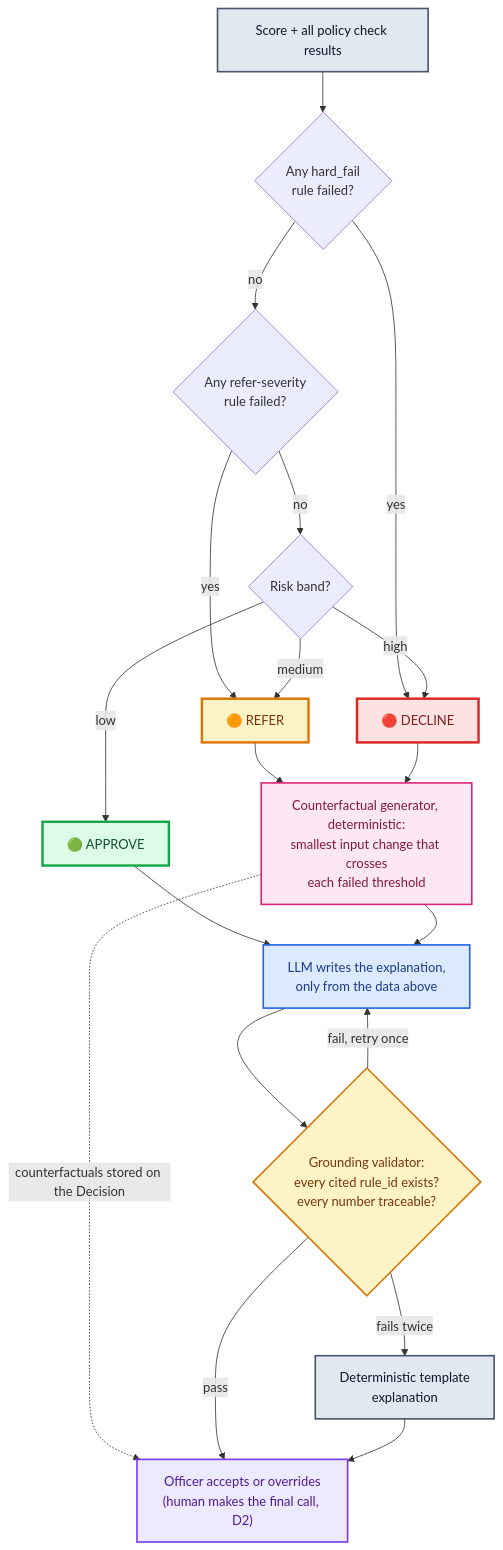
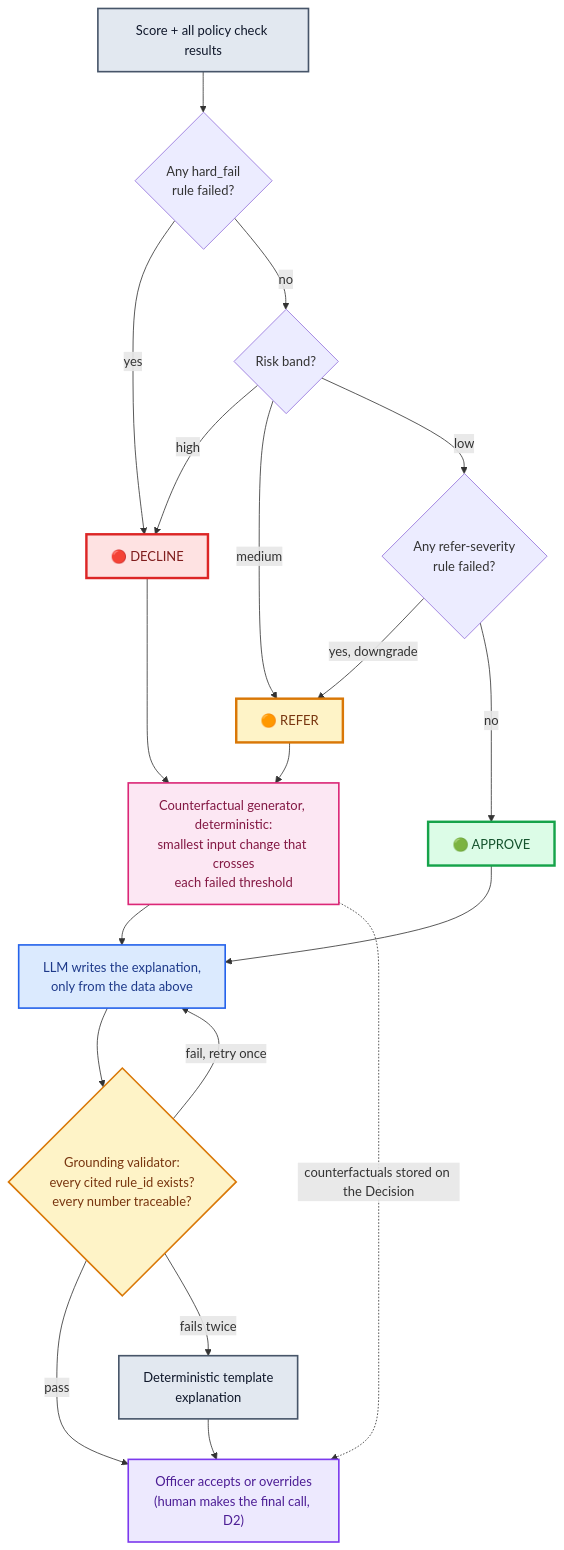
One commit to Mxjoshi/newcomer-credit-copilot changed the second of 2 diagrams in 02-design/deliverables/02-data-model.md. Above: the diagram before and after it, drawn with Mermaid. The commit also changed other lines of this file, not shown here.

Commit message:
Phase 2 review: refer severity caps, never short-circuits

````diff
--- a/02-design/deliverables/02-data-model.md
+++ b/02-design/deliverables/02-data-model.md
@@ -197,30 +199,30 @@
 ```mermaid
 flowchart TD
     IN["Score + all policy check results"] --> Q1{"Any hard_fail<br/>rule failed?"}
     Q1 -->|"yes"| DEC["🔴 DECLINE"]
-    Q1 -->|"no"| Q2{"Any refer-severity<br/>rule failed?"}
-    Q2 -->|"yes"| REF["🟠 REFER"]
-    Q2 -->|"no"| Q3{"Risk band?"}
-    Q3 -->|"low"| APP["🟢 APPROVE"]
-    Q3 -->|"medium"| REF
-    Q3 -->|"high"| DEC
+    Q1 -->|"no"| Q2{"Risk band?"}
+    Q2 -->|"high"| DEC
+    Q2 -->|"medium"| REF["🟠 REFER"]
+    Q2 -->|"low"| Q3{"Any refer-severity<br/>rule failed?"}
+    Q3 -->|"yes, downgrade"| REF
+    Q3 -->|"no"| APP["🟢 APPROVE"]
     REF --> CF["Counterfactual generator, deterministic:<br/>smallest input change that crosses<br/>each failed threshold"]
     DEC --> CF
     APP --> LLM["LLM writes the explanation,<br/>only from the data above"]
     CF --> LLM
     CF -.->|"counterfactuals stored on the Decision"| OFF
     LLM --> VAL{"Grounding validator:<br/>every cited rule_id exists?<br/>every number traceable?"}
     VAL -->|"pass"| OFF["Officer accepts or overrides<br/>(human makes the final call, D2)"]
     VAL -->|"fail, retry once"| LLM
     VAL -->|"fails twice"| TPL["Deterministic template<br/>explanation"]
     TPL --> OFF
     style IN fill:#e2e8f0,stroke:#475569,stroke-width:2px,color:#0f172a
     style APP fill:#dcfce7,stroke:#16a34a,stroke-width:3px,color:#14532d
     style REF fill:#fef3c7,stroke:#d97706,stroke-width:3px,color:#78350f
     style DEC fill:#fee2e2,stroke:#dc2626,stroke-width:3px,color:#7f1d1d
     style CF fill:#fce7f3,stroke:#db2777,stroke-width:2px,color:#831843
     style LLM fill:#dbeafe,stroke:#2563eb,stroke-width:2px,color:#1e3a8a
     style VAL fill:#fef3c7,stroke:#d97706,stroke-width:2px,color:#78350f
     style TPL fill:#e2e8f0,stroke:#475569,stroke-width:2px,color:#0f172a
     style OFF fill:#ede9fe,stroke:#7c3aed,stroke-width:2px,color:#4c1d95
 ```
````
